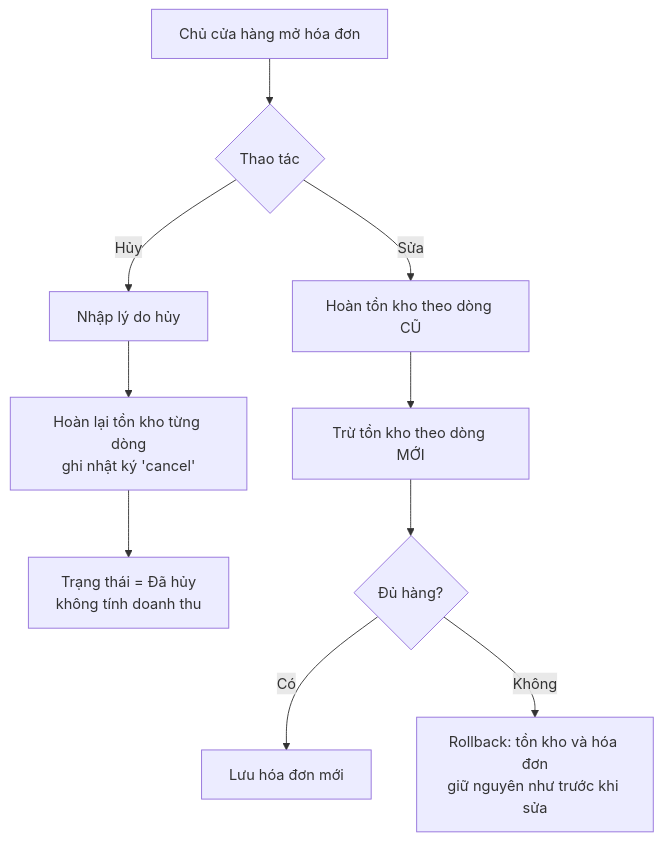
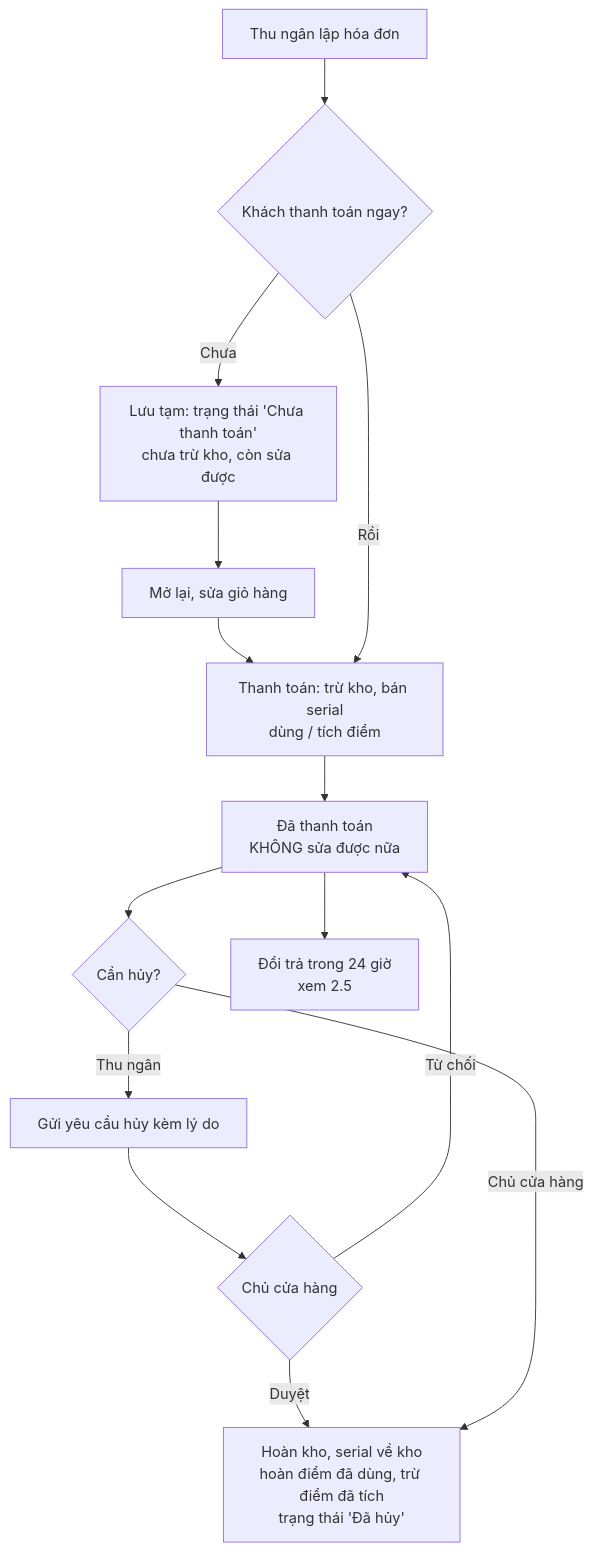
Before and after one commit to NSNDHaiDang25/HeThongBanHangTichHopAI: the second of 10 diagrams in docs/01_phan_tich_thiet_ke.md, drawn with Mermaid. The commit also changed other lines of this file and 43 other files, not shown here.

First line of the commit message:
Phân quyền 3 vai trò độc lập, khuyến mãi, điểm, IMEI, đổi trả, bảo hành, quản trị hệ thống

````diff
--- a/docs/01_phan_tich_thiet_ke.md
+++ b/docs/01_phan_tich_thiet_ke.md
@@ -48,9 +48,13 @@
 ```mermaid
 flowchart TD
-    A[Chủ cửa hàng mở hóa đơn] --> B{Thao tác}
-    B -- Hủy --> C[Nhập lý do hủy] --> D[Hoàn lại tồn kho từng dòng<br/>ghi nhật ký 'cancel'] --> E[Trạng thái = Đã hủy<br/>không tính doanh thu]
-    B -- Sửa --> F[Hoàn tồn kho theo dòng CŨ] --> G[Trừ tồn kho theo dòng MỚI]
-    G --> H{Đủ hàng?}
-    H -- Có --> I[Lưu hóa đơn mới]
-    H -- Không --> J[Rollback: tồn kho và hóa đơn<br/>giữ nguyên như trước khi sửa]
+    A[Thu ngân lập hóa đơn] --> B{Khách thanh toán ngay?}
+    B -- Chưa --> C[Lưu tạm: trạng thái 'Chưa thanh toán'<br/>chưa trừ kho, còn sửa được]
+    C --> D[Mở lại, sửa giỏ hàng] --> E
+    B -- Rồi --> E[Thanh toán: trừ kho, bán serial<br/>dùng / tích điểm] --> F[Đã thanh toán<br/>KHÔNG sửa được nữa]
+    F --> G{Cần hủy?}
+    G -- Thu ngân --> H[Gửi yêu cầu hủy kèm lý do] --> I{Chủ cửa hàng}
+    I -- Duyệt --> J[Hoàn kho, serial về kho<br/>hoàn điểm đã dùng, trừ điểm đã tích<br/>trạng thái 'Đã hủy']
+    I -- Từ chối --> F
+    G -- Chủ cửa hàng --> J
+    F --> K[Đổi trả trong 24 giờ<br/>xem 2.5]
 ```
````
